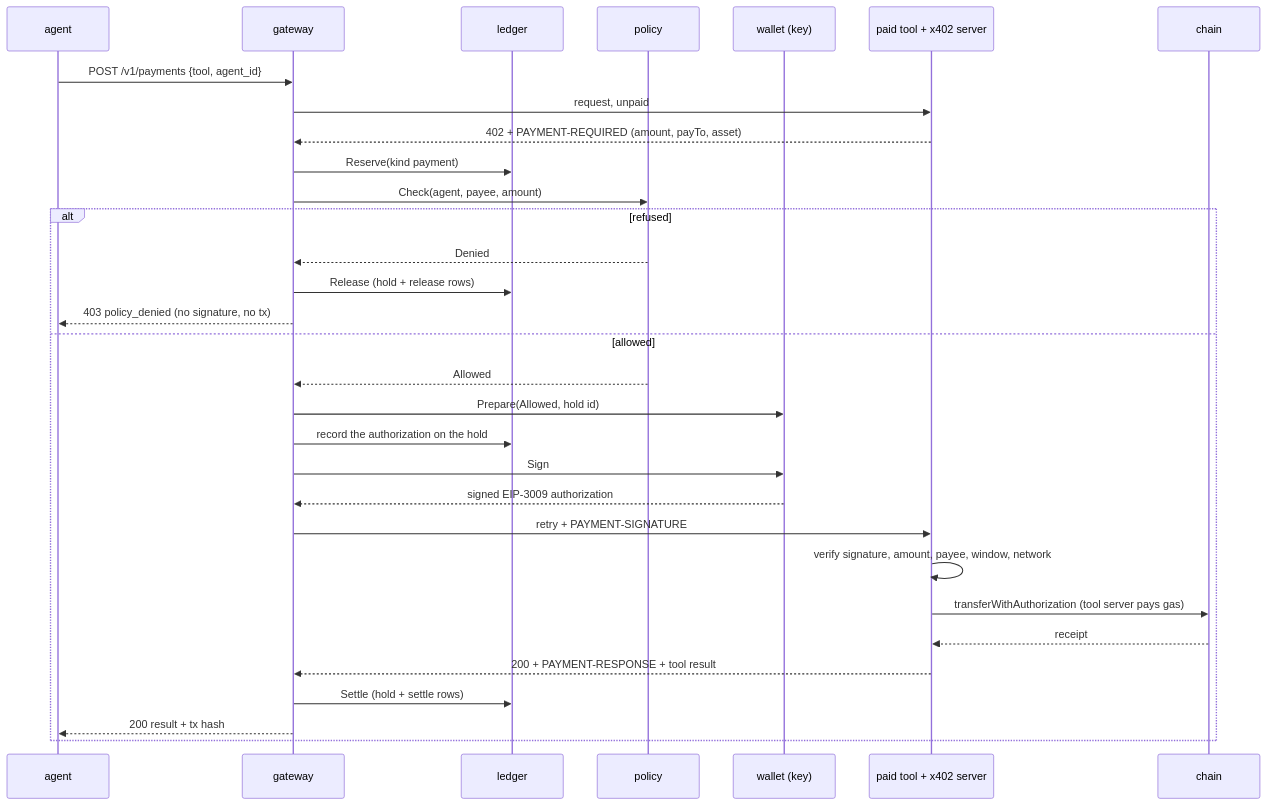
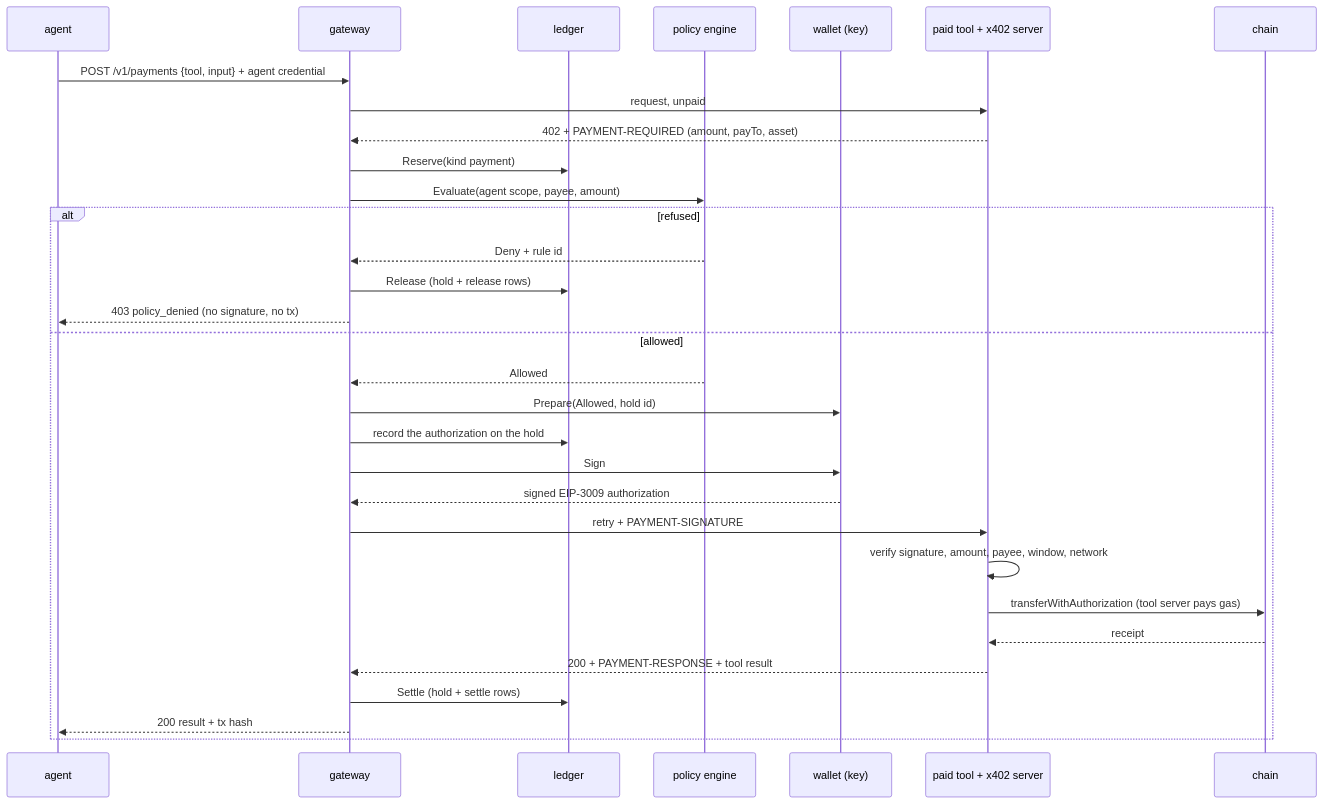
The third of 4 diagrams in README.md (ws4charlie/agent-gate), drawn with Mermaid before and after one commit. The commit also changed other lines of this file and 31 other files, not shown here.

First line of the commit message:
T4: policy engine (#5)

````diff
--- a/README.md
+++ b/README.md
@@ -97,33 +97,33 @@
 ```mermaid
 sequenceDiagram
     participant A as agent
     participant G as gateway
     participant L as ledger
-    participant P as policy
+    participant P as policy engine
     participant W as wallet (key)
     participant T as paid tool + x402 server
     participant C as chain
-    A->>G: POST /v1/payments {tool, agent_id}
+    A->>G: POST /v1/payments {tool, input} + agent credential
     G->>T: request, unpaid
     T-->>G: 402 + PAYMENT-REQUIRED (amount, payTo, asset)
     G->>L: Reserve(kind payment)
-    G->>P: Check(agent, payee, amount)
+    G->>P: Evaluate(agent scope, payee, amount)
     alt refused
-        P-->>G: Denied
+        P-->>G: Deny + rule id
         G->>L: Release (hold + release rows)
         G-->>A: 403 policy_denied (no signature, no tx)
     else allowed
         P-->>G: Allowed
         G->>W: Prepare(Allowed, hold id)
         G->>L: record the authorization on the hold
         G->>W: Sign
         W-->>G: signed EIP-3009 authorization
         G->>T: retry + PAYMENT-SIGNATURE
         T->>T: verify signature, amount, payee, window, network
         T->>C: transferWithAuthorization (tool server pays gas)
         C-->>T: receipt
         T-->>G: 200 + PAYMENT-RESPONSE + tool result
         G->>L: Settle (hold + settle rows)
         G-->>A: 200 result + tx hash
     end
 ```
````
